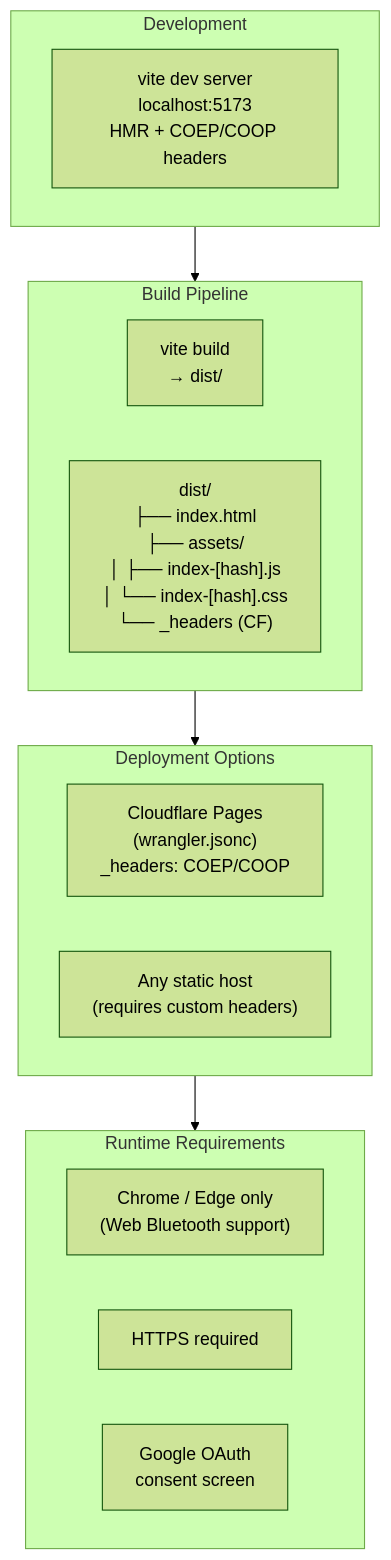
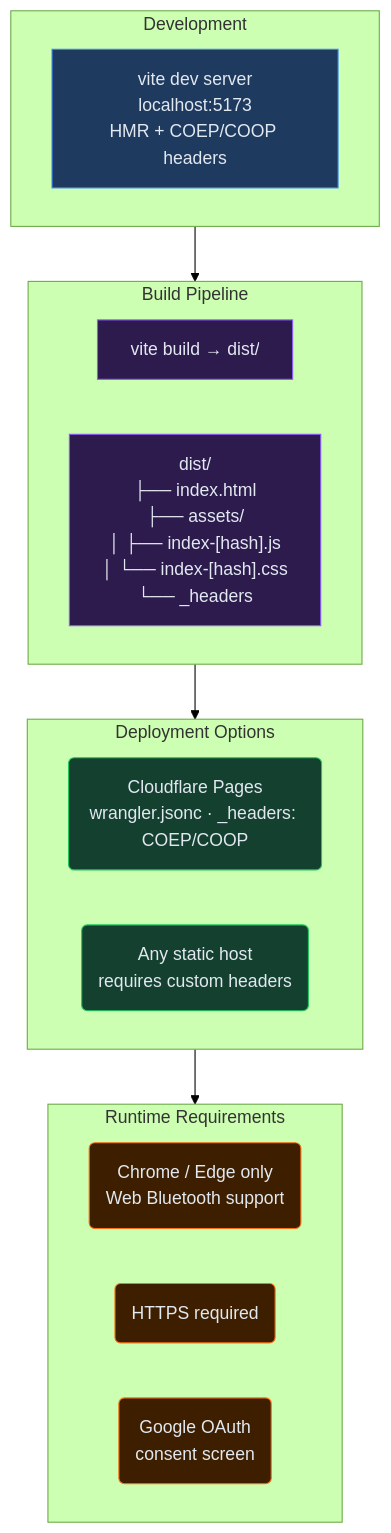
One commit to DerekLieww/Force-Recorder changed diagram 14 of 23 in ARCHITECTURE.md. Above: the diagram before and after it, drawn with Mermaid (forest theme). The commit also changed other lines of this file and 9 other files, not shown here.

````diff
--- a/ARCHITECTURE.md
+++ b/ARCHITECTURE.md
@@ -618,26 +698,36 @@
 ```mermaid
 graph TB
     subgraph Dev["Development"]
         Vite["vite dev server<br/>localhost:5173<br/>HMR + COEP/COOP headers"]
     end
 
     subgraph Build["Build Pipeline"]
-        ViteBuild["vite build<br/>→ dist/"]
-        Assets["dist/<br/>├── index.html<br/>├── assets/<br/>│   ├── index-[hash].js<br/>│   └── index-[hash].css<br/>└── _headers (CF)"]
+        ViteBuild["vite build → dist/"]
+        Assets["dist/<br/>├── index.html<br/>├── assets/<br/>│   ├── index-[hash].js<br/>│   └── index-[hash].css<br/>└── _headers"]
     end
 
     subgraph Deploy["Deployment Options"]
-        CF["Cloudflare Pages<br/>(wrangler.jsonc)<br/>_headers: COEP/COOP"]
-        Static["Any static host<br/>(requires custom headers)"]
+        CF("Cloudflare Pages<br/>wrangler.jsonc · _headers: COEP/COOP")
+        Static("Any static host<br/>requires custom headers")
     end
 
     subgraph Runtime["Runtime Requirements"]
-        Chrome["Chrome / Edge only<br/>(Web Bluetooth support)"]
-        HTTPS2["HTTPS required"]
-        GoogleOAuth["Google OAuth<br/>consent screen"]
+        Chrome("Chrome / Edge only<br/>Web Bluetooth support")
+        HTTPS2("HTTPS required")
+        GoogleOAuth("Google OAuth<br/>consent screen")
     end
 
     Dev --> Build
     Build --> Deploy
     Deploy --> Runtime
+
+    classDef dev fill:#1e3a5f,stroke:#3b82f6,color:#e2e8f0
+    classDef build fill:#2d1b4e,stroke:#8b5cf6,color:#e2e8f0
+    classDef deploy fill:#14402f,stroke:#22c55e,color:#e2e8f0
+    classDef runtime fill:#3d1f00,stroke:#f97316,color:#e2e8f0
+
+    class Vite dev
+    class ViteBuild,Assets build
+    class CF,Static deploy
+    class Chrome,HTTPS2,GoogleOAuth runtime
 ```
````
